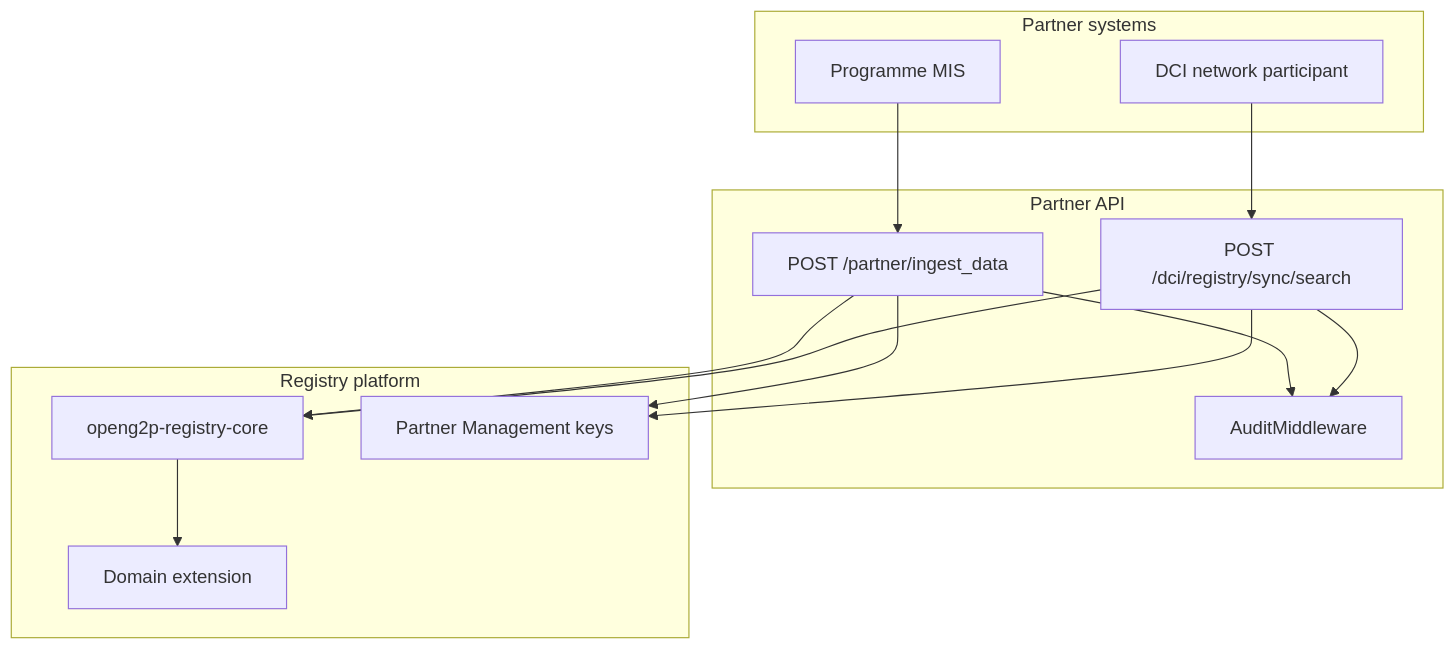
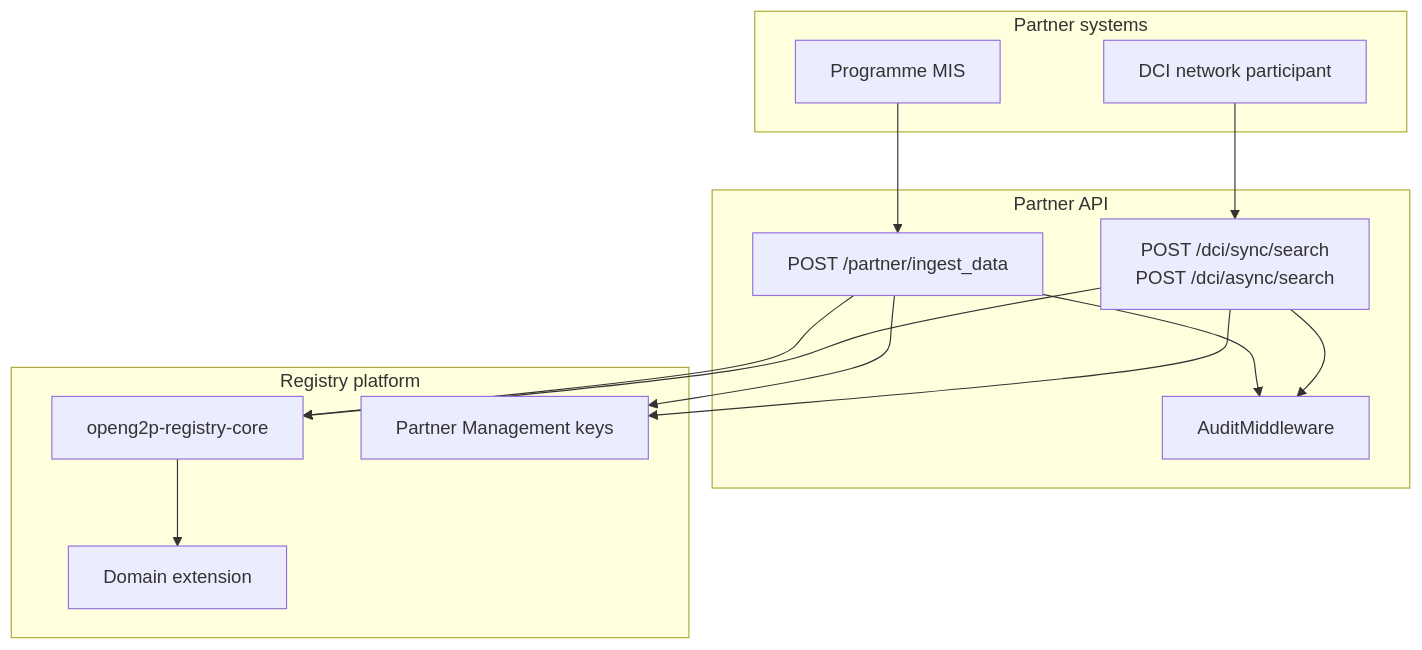
The first of 2 diagrams in products/registry/registry/design/partner-apis.md (OpenG2P/openg2p-documentation), drawn with Mermaid before and after one commit. The commit also changed other lines of this file and 15 other files, not shown here.

````diff
--- a/products/registry/registry/design/partner-apis.md
+++ b/products/registry/registry/design/partner-apis.md
@@ -24,29 +26,29 @@
 ```mermaid
 flowchart TB
     subgraph partners [Partner systems]
         P1[Programme MIS]
         P2[DCI network participant]
     end
 
     subgraph partner_api [Partner API]
         ING["POST /partner/ingest_data"]
-        DCI["POST /dci/registry/sync/search"]
+        DCI["POST /dci/sync/search<br/>POST /dci/async/search"]
         AUD[AuditMiddleware]
     end
 
     subgraph platform [Registry platform]
         CORE[openg2p-registry-core]
         EXT[Domain extension]
         KM[Partner Management keys]
     end
 
     P1 --> ING
     P2 --> DCI
     ING --> AUD
     DCI --> AUD
     ING --> CORE
     DCI --> CORE
     CORE --> EXT
     ING --> KM
     DCI --> KM
 ```
````
